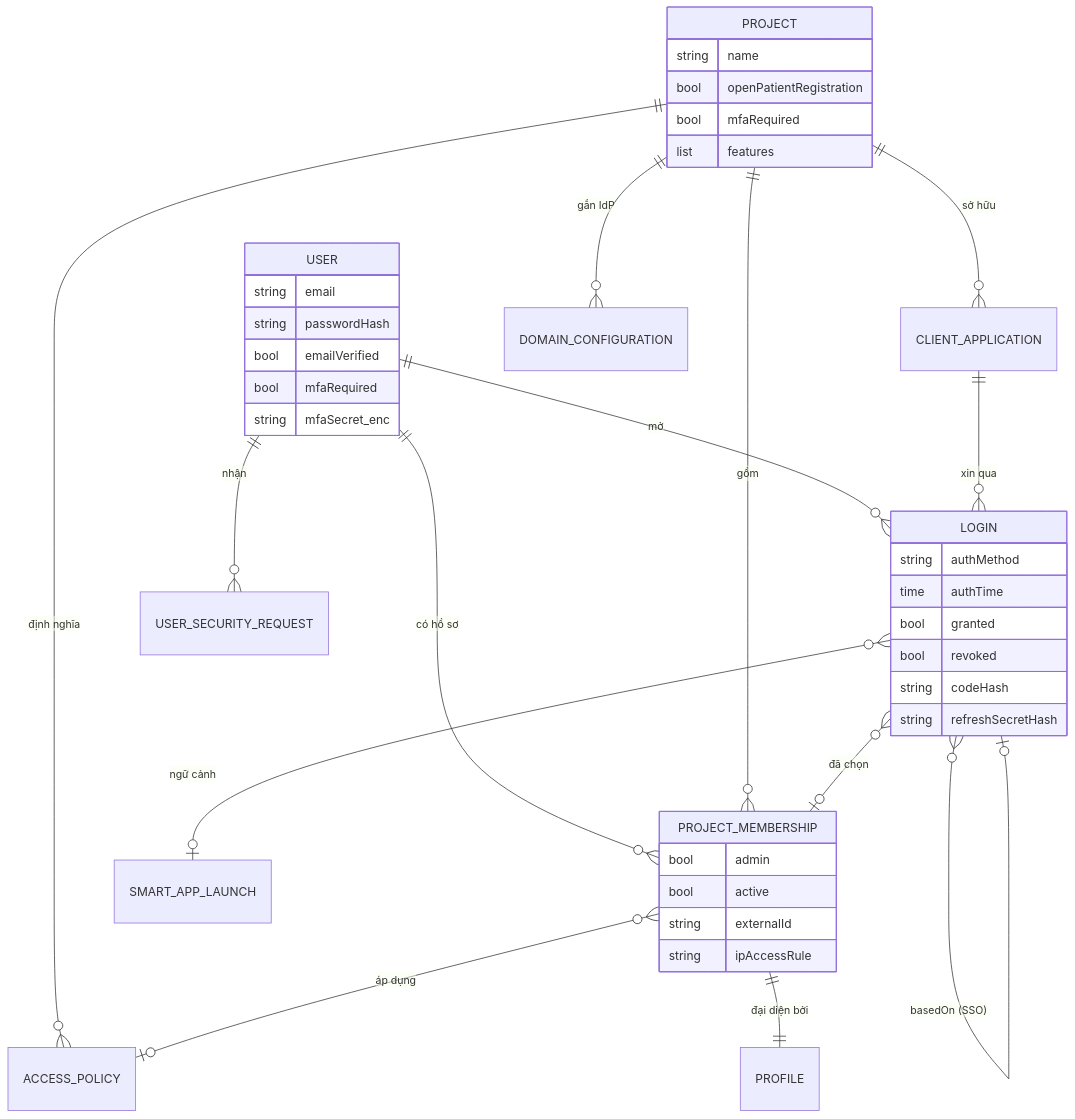
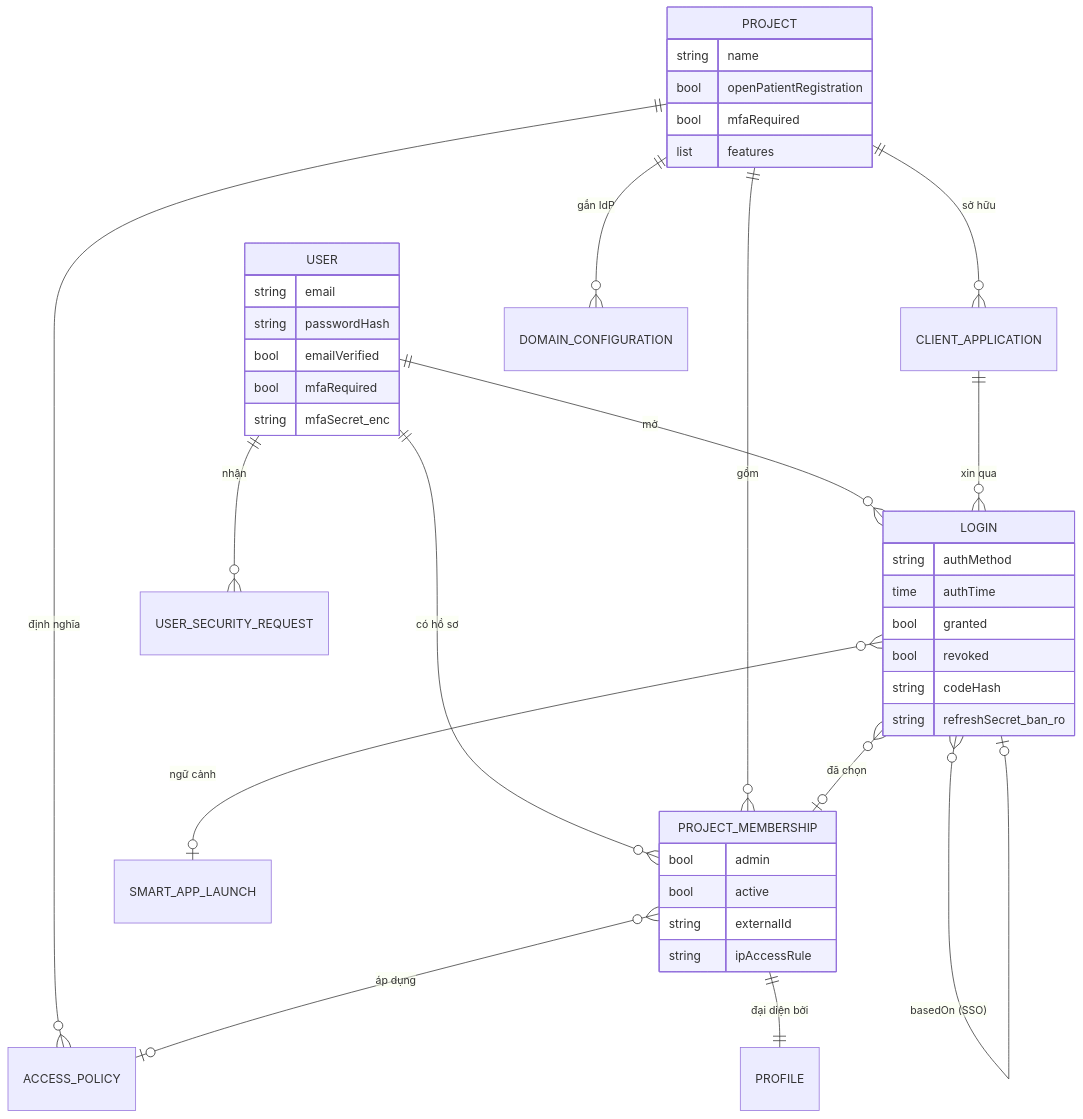
One commit to hoc-nguyenthai/medplum changed the third of 3 diagrams in apps/auth/docs/business/01-tong-quan.md. Above: the diagram before and after it, drawn with Mermaid. The commit also changed other lines of this file and 7 other files, not shown here.

First line of the commit message:
ERD và từ điển dữ liệu của auth; bảng vật lý dùng chung của pkg/fhirstore

````diff
--- a/apps/auth/docs/business/01-tong-quan.md
+++ b/apps/auth/docs/business/01-tong-quan.md
@@ -140,44 +140,44 @@
 ```mermaid
 erDiagram
     USER ||--o{ LOGIN : "mở"
     USER ||--o{ PROJECT_MEMBERSHIP : "có hồ sơ"
     USER ||--o{ USER_SECURITY_REQUEST : "nhận"
     PROJECT ||--o{ PROJECT_MEMBERSHIP : "gồm"
     PROJECT ||--o{ CLIENT_APPLICATION : "sở hữu"
     PROJECT ||--o{ ACCESS_POLICY : "định nghĩa"
     PROJECT ||--o{ DOMAIN_CONFIGURATION : "gắn IdP"
     PROJECT_MEMBERSHIP }o--o| ACCESS_POLICY : "áp dụng"
     PROJECT_MEMBERSHIP ||--|| PROFILE : "đại diện bởi"
     CLIENT_APPLICATION ||--o{ LOGIN : "xin qua"
     LOGIN }o--o| PROJECT_MEMBERSHIP : "đã chọn"
     LOGIN }o--o| LOGIN : "basedOn (SSO)"
     LOGIN }o--o| SMART_APP_LAUNCH : "ngữ cảnh"
 
     USER {
       string email
       string passwordHash
       bool emailVerified
       bool mfaRequired
       string mfaSecret_enc
     }
     LOGIN {
       string authMethod
       time authTime
       bool granted
       bool revoked
       string codeHash
-      string refreshSecretHash
+      string refreshSecret_ban_ro
     }
     PROJECT_MEMBERSHIP {
       bool admin
       bool active
       string externalId
       string ipAccessRule
     }
     PROJECT {
       string name
       bool openPatientRegistration
       bool mfaRequired
       list features
     }
 ```
````
